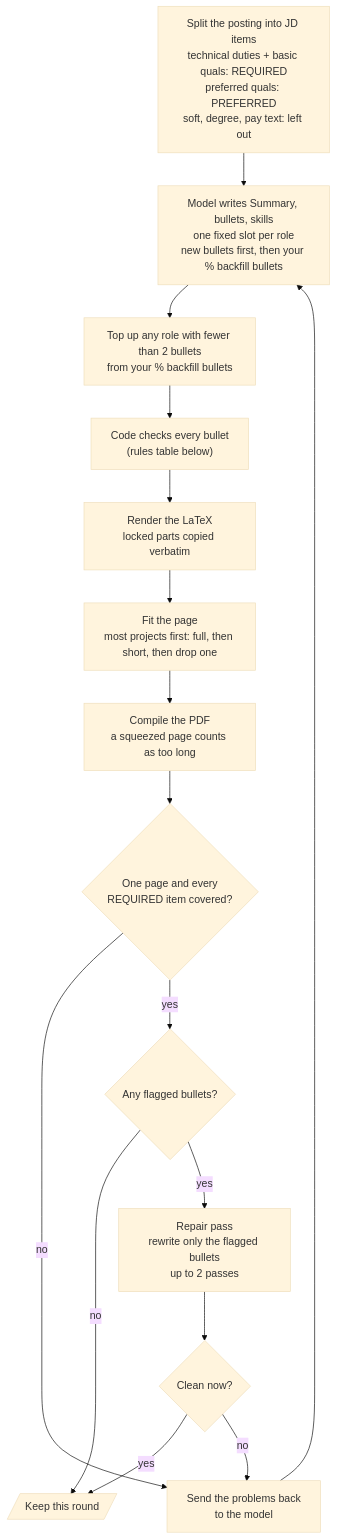
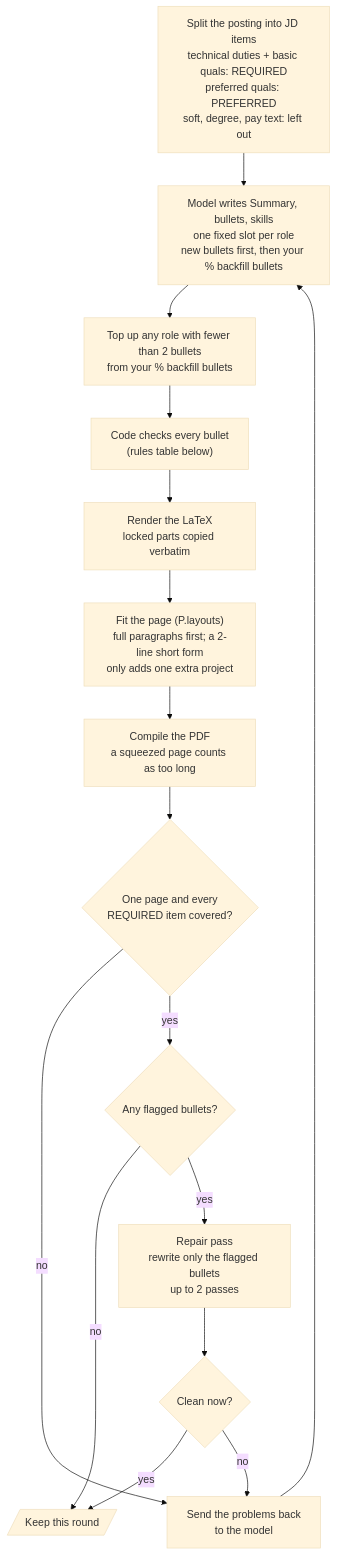
The second of 2 diagrams in docs/steps/09-tailor.md (BhavyaShah1234/JobApplicationAgent), drawn with Mermaid (base theme) before and after one commit. The commit also changed other lines of this file and 1 other file, not shown here.

````diff
--- a/docs/steps/09-tailor.md
+++ b/docs/steps/09-tailor.md
@@ -61,19 +67,19 @@
 ```mermaid
 flowchart TD
     A["Split the posting into JD items<br/>technical duties + basic quals: REQUIRED<br/>preferred quals: PREFERRED<br/>soft, degree, pay text: left out"] --> B
     B["Model writes Summary, bullets, skills<br/>one fixed slot per role<br/>new bullets first, then your % backfill bullets"] --> C
     C["Top up any role with fewer than 2 bullets<br/>from your % backfill bullets"] --> D
     D["Code checks every bullet<br/>(rules table below)"] --> E
     E["Render the LaTeX<br/>locked parts copied verbatim"] --> F
-    F["Fit the page<br/>most projects first: full, then short, then drop one"] --> G
+    F["Fit the page (P.layouts)<br/>full paragraphs first; a 2-line short form<br/>only adds one extra project"] --> G
     G["Compile the PDF<br/>a squeezed page counts as too long"] --> H
     H{"One page and every<br/>REQUIRED item covered?"}
     H -- "no" --> FB["Send the problems back<br/>to the model"]
     FB --> B
     H -- "yes" --> I{"Any flagged bullets?"}
     I -- "no" --> DONE[/"Keep this round"/]
     I -- "yes" --> R["Repair pass<br/>rewrite only the flagged bullets<br/>up to 2 passes"]
     R --> J{"Clean now?"}
     J -- "yes" --> DONE
     J -- "no" --> FB
 ```
````
